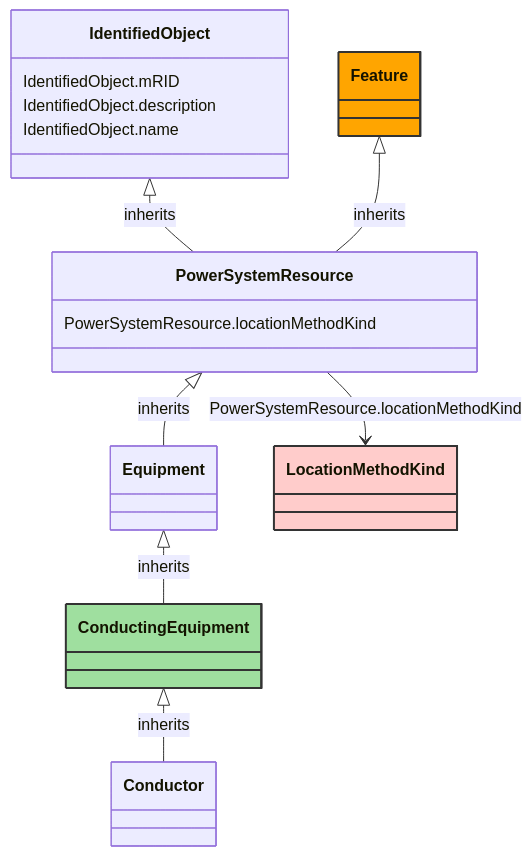
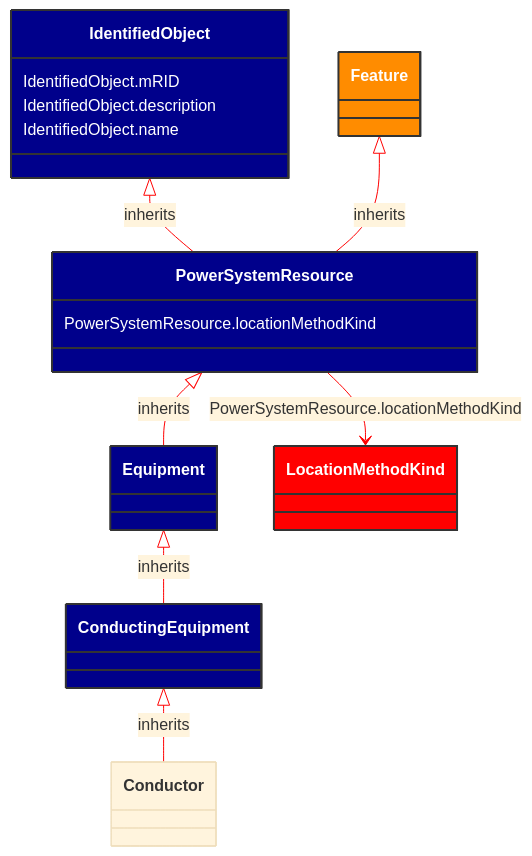
The diagram in docs/Models/Profiles/AviationObstacle/AbstractClasses/ConductingEquipment.md (3lbits/NoCIMExtensions), drawn with Mermaid before and after one commit. The commit also changed 58 other files, not shown here.

````diff
--- a/docs/Models/Profiles/AviationObstacle/AbstractClasses/ConductingEquipment.md
+++ b/docs/Models/Profiles/AviationObstacle/AbstractClasses/ConductingEquipment.md
@@ -10,42 +10,43 @@
 ```mermaid
+%%{init: {'theme':'base','themeVariables': {'lineColor': '#FF0000'}}}%%
 classDiagram
     class ConductingEquipment
     click ConductingEquipment href "/Models/Profiles/AviationObstacle/AbstractClasses/ConductingEquipment/"
-    style ConductingEquipment fill:#9fdf9f,stroke:#333,stroke-width:2px,rx:10,ry:10
+    style ConductingEquipment fill:#006400,stroke:#333,stroke-width:2px,rx:10,ry:10,color:white
 
         ConductingEquipment <|-- Conductor : inherits
             click ConductingEquipment href "/Models/Profiles/AviationObstacle/AbstractClasses/ConductingEquipment/"
-            style ConductingEquipment rx:10,ry:10
+            style ConductingEquipment fill:#00008B,stroke:#333,stroke-width:2px,rx:10,ry:10,color:white
 
         Conductor
             click Conductor href "/Models/Profiles/AviationObstacle/AbstractClasses/Conductor/"
-            style Conductor rx:10,ry:10
+            style ConductingEquipment fill:#00008B,stroke:#333,stroke-width:2px,rx:10,ry:10,color:white
 
         Equipment <|-- ConductingEquipment : inherits
             click Equipment href "/Models/Profiles/AviationObstacle/AbstractClasses/Equipment/"
-            style Equipment rx:10,ry:10
+            style Equipment fill:#00008B,stroke:#333,stroke-width:2px,rx:10,ry:10,color:white
 
         PowerSystemResource <|-- Equipment : inherits
             click PowerSystemResource href "/Models/Profiles/AviationObstacle/AbstractClasses/PowerSystemResource/"
-            style PowerSystemResource rx:10,ry:10
+            style PowerSystemResource fill:#00008B,stroke:#333,stroke-width:2px,rx:10,ry:10,color:white
 
         IdentifiedObject <|-- PowerSystemResource : inherits
             click IdentifiedObject href "/Models/Profiles/AviationObstacle/AbstractClasses/IdentifiedObject/"
-            style IdentifiedObject rx:10,ry:10
+            style IdentifiedObject fill:#00008B,stroke:#333,stroke-width:2px,rx:10,ry:10,color:white
 
         Feature <|-- PowerSystemResource : inherits
             click Feature href "/Models/Profiles/AviationObstacle/ConcreteClasses/Feature/"
-            style Feature fill:#FFA500,stroke:#333,stroke-width:2px,rx:10,ry:10
+            style Feature fill:#FF8C00,stroke:#333,stroke-width:2px,rx:10,ry:10,color:white
 
 
         PowerSystemResource --> LocationMethodKind : PowerSystemResource.locationMethodKind
 
         LocationMethodKind
             click LocationMethodKind href "/Models/Profiles/AviationObstacle/Enumerations/LocationMethodKind/"
-            style LocationMethodKind fill:#FFCCCB,stroke:#333,stroke-width:2px,rx:10,ry:10
+            style LocationMethodKind fill:#FF0000,stroke:#333,stroke-width:2px,rx:10,ry:10,color:white
 
         PowerSystemResource : PowerSystemResource.locationMethodKind
         IdentifiedObject : IdentifiedObject.mRID
         IdentifiedObject : IdentifiedObject.description
         IdentifiedObject : IdentifiedObject.name
 ```
````
